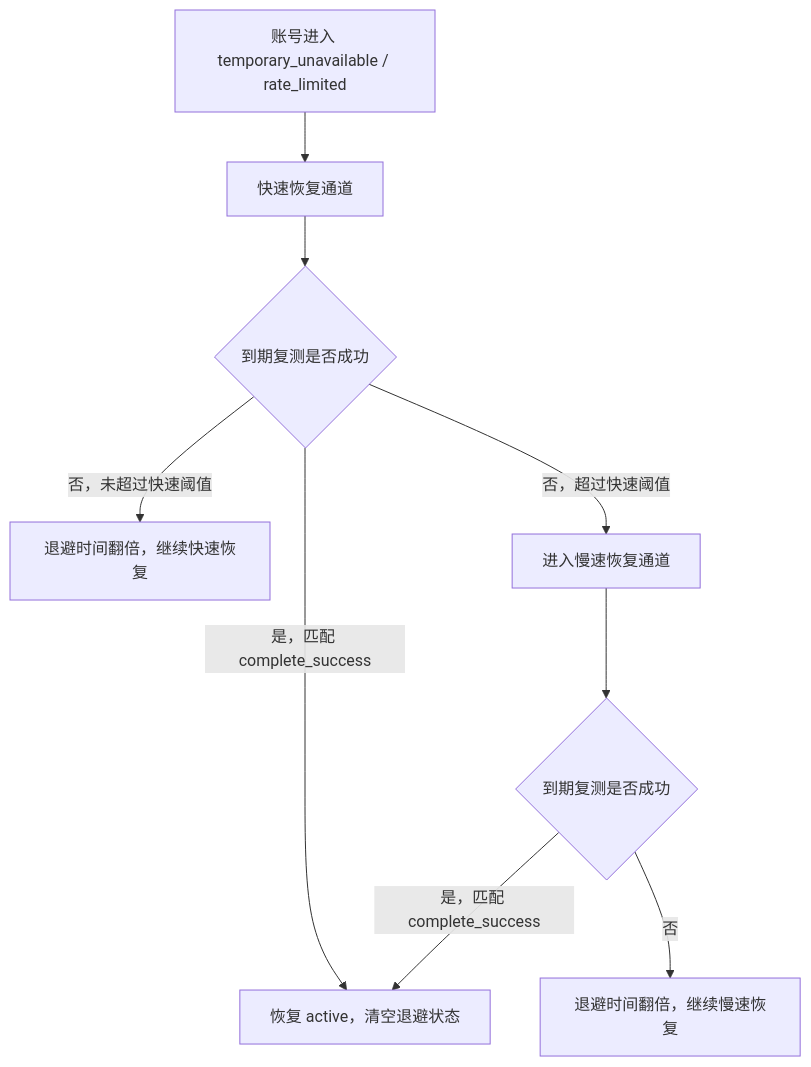
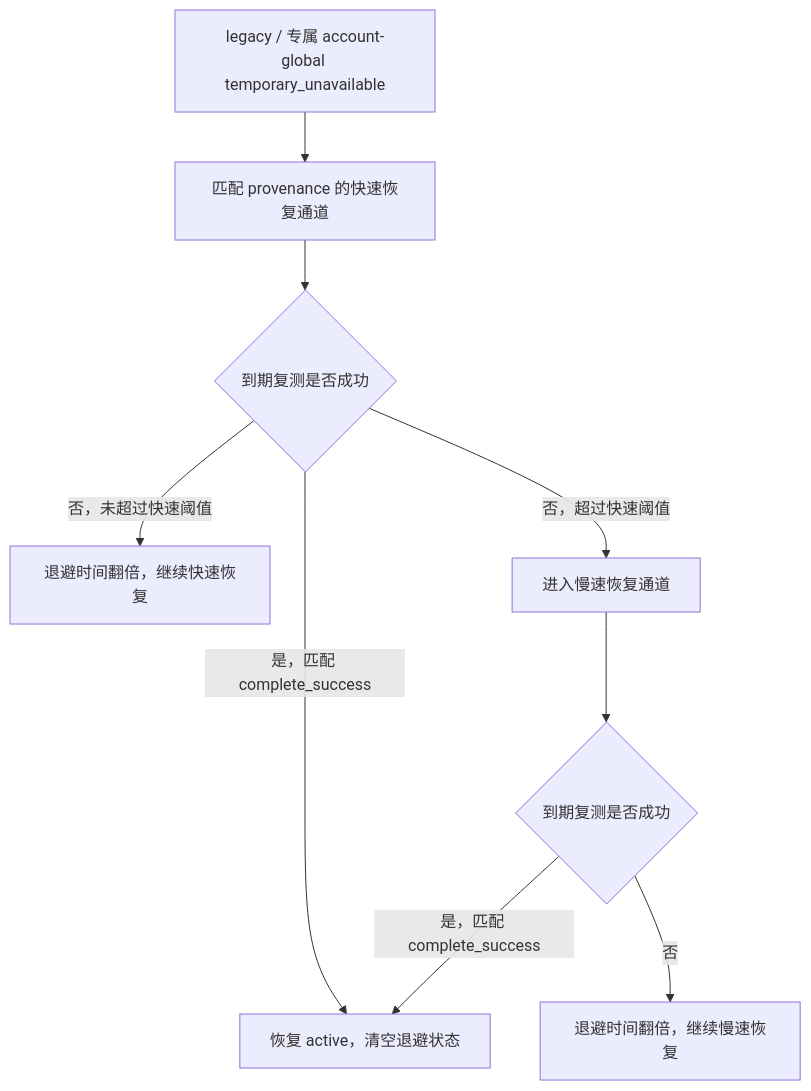
One commit to huanmin123/juhe-ai changed the third of 3 diagrams in docs/functions/网关异常重试与兜底策略.md. Above: the diagram before and after it, drawn with Mermaid. The commit also changed other lines of this file and 402 other files, not shown here.

````diff
--- a/docs/functions/网关异常重试与兜底策略.md
+++ b/docs/functions/网关异常重试与兜底策略.md
@@ -261,11 +262,11 @@
 ```mermaid
 flowchart TD
-  A["账号进入 temporary_unavailable / rate_limited"] --> B["快速恢复通道"]
+  A["legacy / 专属 account-global temporary_unavailable"] --> B["匹配 provenance 的快速恢复通道"]
   B --> C{"到期复测是否成功"}
   C -- "是，匹配 complete_success" --> D["恢复 active，清空退避状态"]
   C -- "否，未超过快速阈值" --> E["退避时间翻倍，继续快速恢复"]
   C -- "否，超过快速阈值" --> F["进入慢速恢复通道"]
   F --> G{"到期复测是否成功"}
   G -- "是，匹配 complete_success" --> D
   G -- "否" --> H["退避时间翻倍，继续慢速恢复"]
 ```
````
